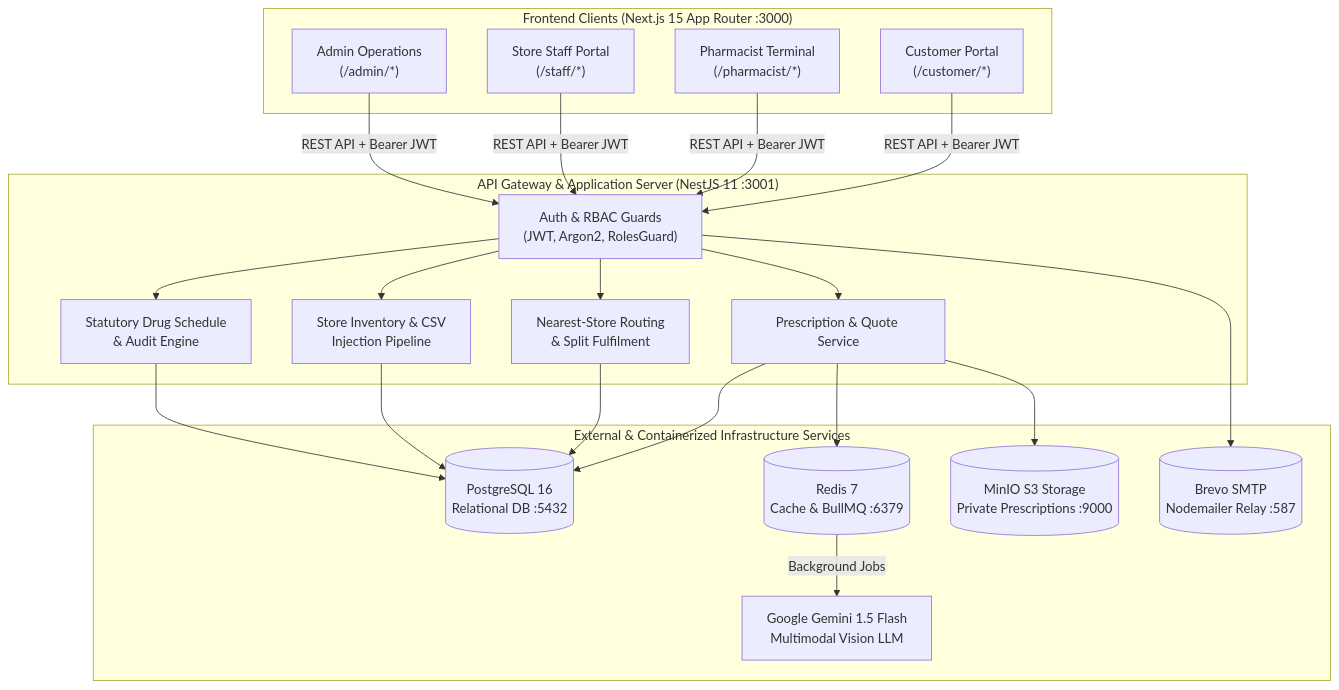
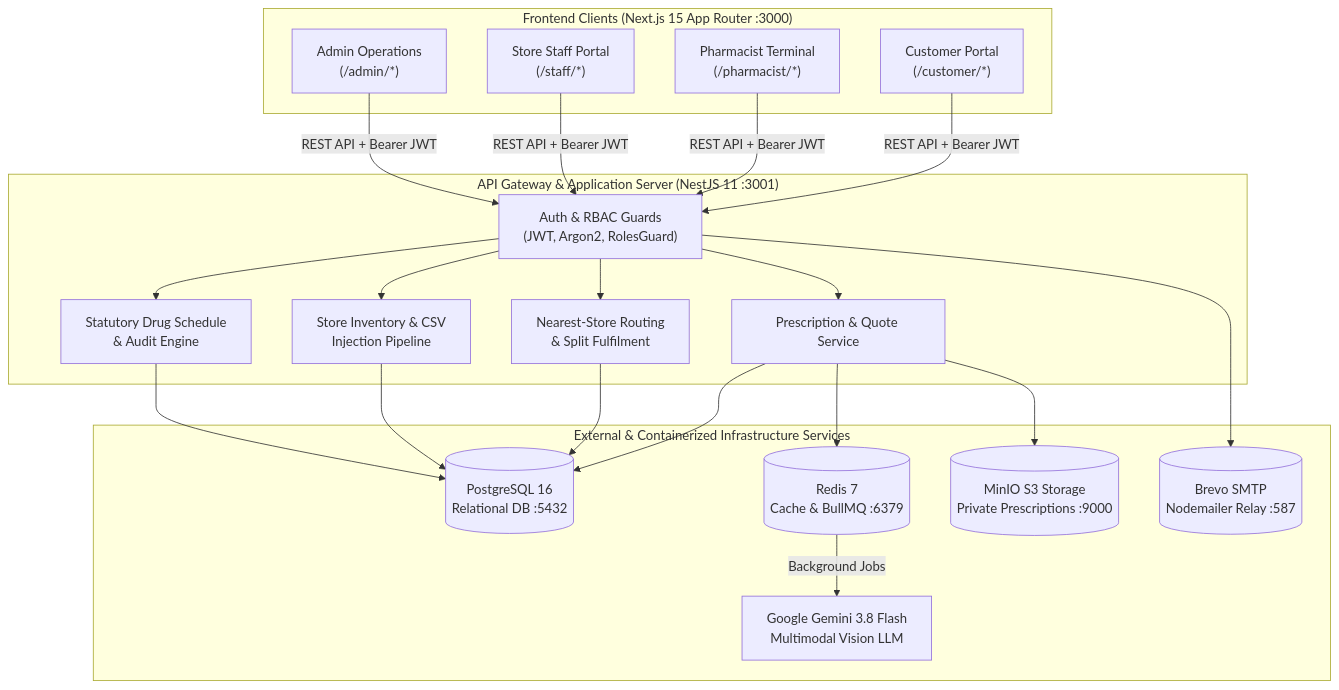
One commit to Anujanthwal-dotcom/assignment-isocode-labs changed the first of 5 diagrams in docs/architecture.md. Above: the diagram before and after it, drawn with Mermaid. The commit also changed other lines of this file and 4 other files, not shown here.

Commit message:
docs: align Gemini model references across architecture and deployment docs

````diff
--- a/docs/architecture.md
+++ b/docs/architecture.md
@@ -39,45 +39,45 @@
 ```mermaid
 flowchart TB
     subgraph Clients["Frontend Clients (Next.js 15 App Router :3000)"]
         Customer["Customer Portal\n(/customer/*)"]
         Pharmacist["Pharmacist Terminal\n(/pharmacist/*)"]
         Staff["Store Staff Portal\n(/staff/*)"]
         Admin["Admin Operations\n(/admin/*)"]
     end
 
     subgraph Gateway["API Gateway & Application Server (NestJS 11 :3001)"]
         AuthModule["Auth & RBAC Guards\n(JWT, Argon2, RolesGuard)"]
         RxModule["Prescription & Quote Service"]
         RoutingEngine["Nearest-Store Routing\n& Split Fulfilment"]
         InventoryModule["Store Inventory & CSV\nInjection Pipeline"]
         ComplianceModule["Statutory Drug Schedule\n& Audit Engine"]
     end
 
     subgraph ExtServices["External & Containerized Infrastructure Services"]
         Postgres[("PostgreSQL 16\nRelational DB :5432")]
         RedisCache[("Redis 7\nCache & BullMQ :6379")]
         MinIOStore[("MinIO S3 Storage\nPrivate Prescriptions :9000")]
         BrevoSmtp[("Brevo SMTP\nNodemailer Relay :587")]
-        GeminiAI["Google Gemini 1.5 Flash\nMultimodal Vision LLM"]
+        GeminiAI["Google Gemini 3.8 Flash\nMultimodal Vision LLM"]
     end
 
     Customer -->|REST API + Bearer JWT| AuthModule
     Pharmacist -->|REST API + Bearer JWT| AuthModule
     Staff -->|REST API + Bearer JWT| AuthModule
     Admin -->|REST API + Bearer JWT| AuthModule
 
     AuthModule --> RxModule
     AuthModule --> RoutingEngine
     AuthModule --> InventoryModule
     AuthModule --> ComplianceModule
 
     RxModule --> Postgres
     RxModule --> MinIOStore
     RxModule --> RedisCache
     RedisCache -->|Background Jobs| GeminiAI
 
     RoutingEngine --> Postgres
     InventoryModule --> Postgres
     ComplianceModule --> Postgres
     AuthModule --> BrevoSmtp
 ```
````
